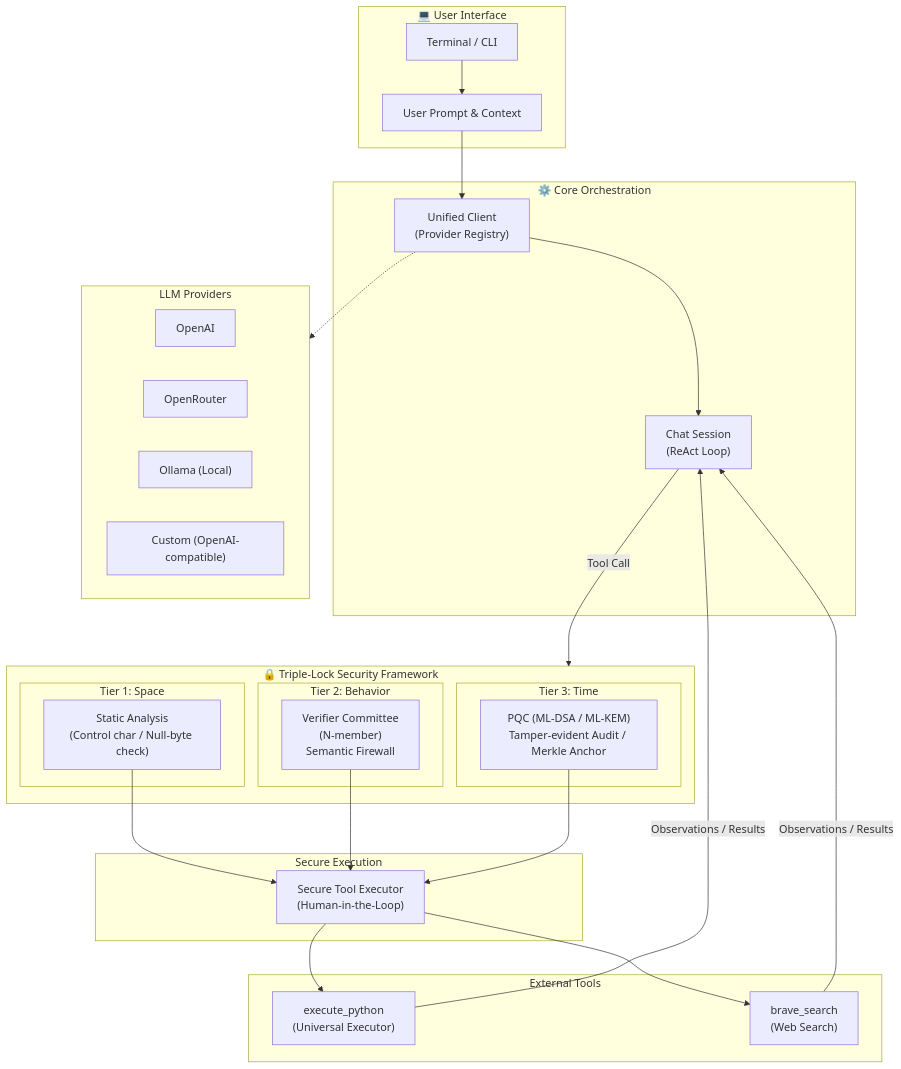
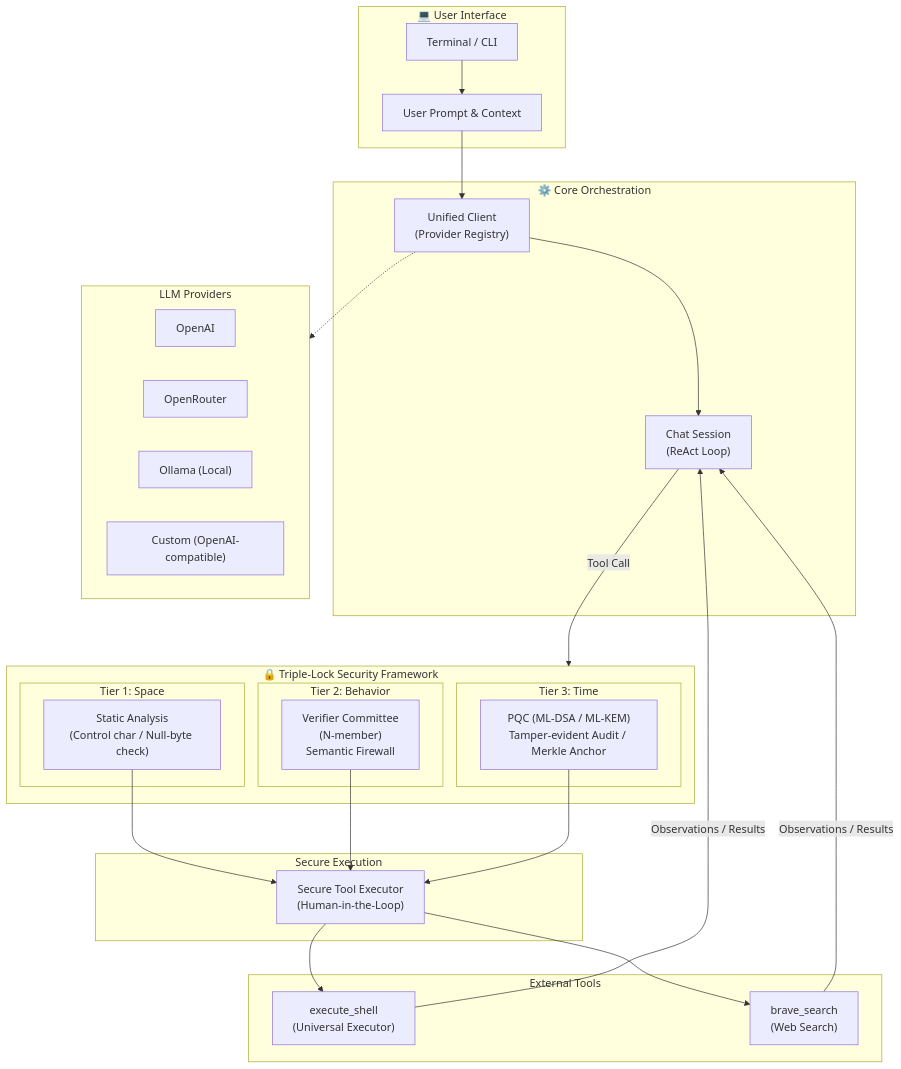
One commit to yosh95/llm-secure-cli changed the diagram in README.md. Above: the diagram before and after it, drawn with Mermaid. The commit also changed other lines of this file and 6 other files, not shown here.

Commit message:
Refactor: add shell.rs tool, remove python.rs, update CLI syntax highlighting and display, update scenarios and registry

````diff
--- a/README.md
+++ b/README.md
@@ -41,55 +41,55 @@
 ```mermaid
 flowchart TB
     subgraph UI["💻 User Interface"]
         A["Terminal / CLI"]
         B["User Prompt & Context"]
     end
 
     subgraph Core["⚙️ Core Orchestration"]
         C["Unified Client<br/>(Provider Registry)"]
         D["Chat Session<br/>(ReAct Loop)"]
     end
 
     subgraph Providers["LLM Providers"]
         E1["OpenAI"]
         E2["OpenRouter"]
         E3["Ollama (Local)"]
         E4["Custom (OpenAI-compatible)"]
     end
 
     subgraph Security["🔒 Triple-Lock Security Framework"]
         subgraph T1["Tier 1: Space"]
             F1["Static Analysis<br/>(Control char / Null-byte check)"]
         end
         subgraph T2["Tier 2: Behavior"]
             F2["Verifier Committee<br/>(N-member)<br/>Semantic Firewall"]
         end
         subgraph T3["Tier 3: Time"]
             F3["PQC (ML-DSA / ML-KEM)<br/>Tamper-evident Audit / Merkle Anchor"]
         end
     end
 
     subgraph Execution["Secure Execution"]
         G["Secure Tool Executor<br/>(Human-in-the-Loop)"]
     end
 
     subgraph Tools["External Tools"]
-        H1["execute_python<br/>(Universal Executor)"]
+        H1["execute_shell<br/>(Universal Executor)"]
         H2["brave_search<br/>(Web Search)"]
     end
 
     A --> B
     B --> C
     C --> D
     C -.-> Providers
     
     D -->|"Tool Call"| Security
     F1 --> G
     F2 --> G
     F3 --> G
     
     G --> H1
     G --> H2
     
     H1 & H2 -->|"Observations / Results"| D
 ```
````
